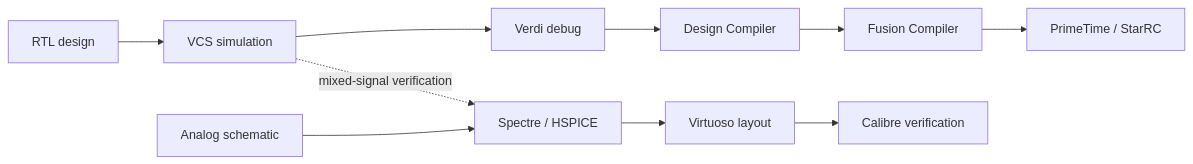
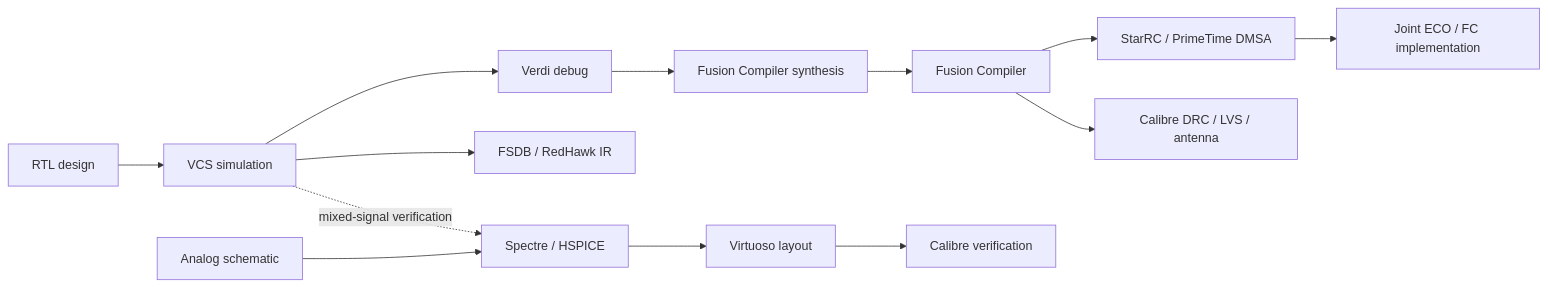
The diagram in README.md (lizhui20/rtl2gds), drawn with Mermaid before and after one commit. The commit also changed other lines of this file and 7 other files, not shown here.

Commit message:
docs: showcase N28 RTL2GDS with 12-scenario STA and joint ECO

````diff
--- a/README.md
+++ b/README.md
@@ -60,14 +78,17 @@
 ```mermaid
 flowchart LR
     RTL[RTL design] --> SIM[VCS simulation]
     SIM --> DBG[Verdi debug]
-    DBG --> SYN[Design Compiler]
+    DBG --> SYN[Fusion Compiler synthesis]
     SYN --> IMP[Fusion Compiler]
-    IMP --> STA[PrimeTime / StarRC]
+    IMP --> STA[StarRC / PrimeTime DMSA]
+    STA --> ECO[Joint ECO / FC implementation]
+    IMP --> PV2[Calibre DRC / LVS / antenna]
+    SIM --> PI[FSDB / RedHawk IR]
 
     SCH[Analog schematic] --> SPICE[Spectre / HSPICE]
     SPICE --> LAY[Virtuoso layout]
     LAY --> PV[Calibre verification]
 
     SIM -. mixed-signal verification .-> SPICE
 ```
````
